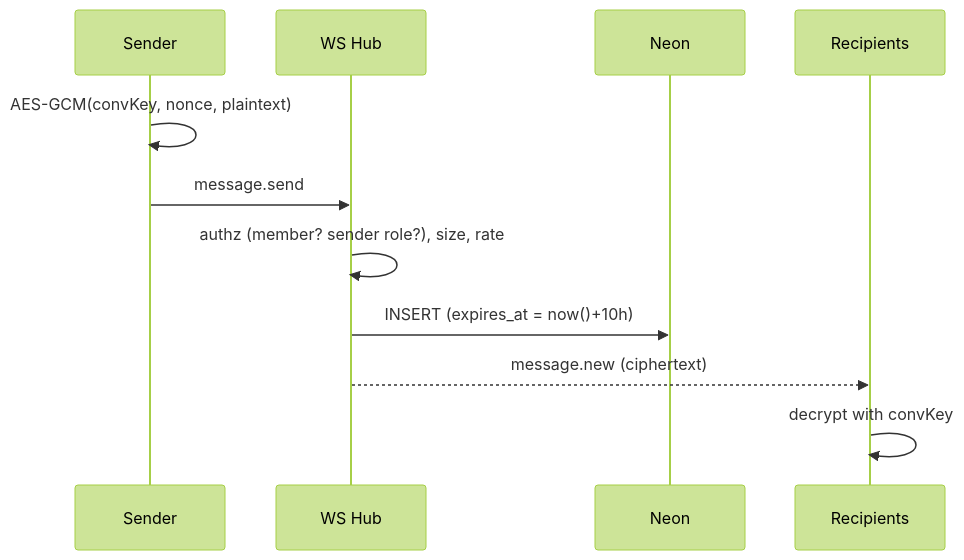
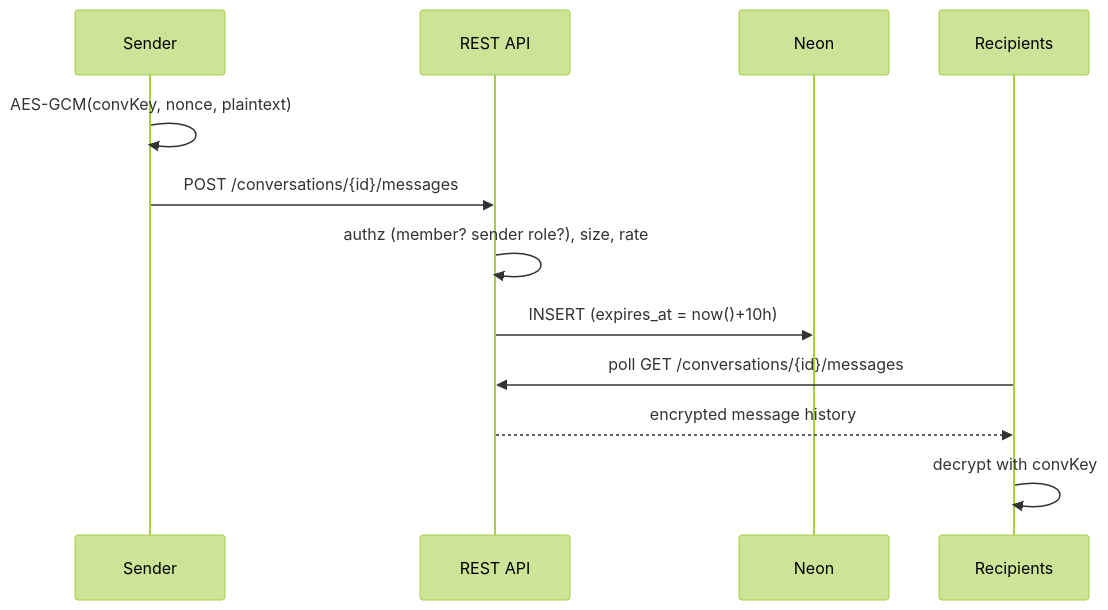
Before and after one commit to Silicon-Brains/chat-control: the fourth of 5 diagrams in docs/System_Design.md, drawn with Mermaid (forest theme). The commit also changed other lines of this file and 57 other files, not shown here.

````diff
--- a/docs/System_Design.md
+++ b/docs/System_Design.md
@@ -145,13 +139,14 @@
 ```mermaid
 sequenceDiagram
   participant S as Sender
-  participant WS as WS Hub
+  participant API as REST API
   participant DB as Neon
   participant R as Recipients
   S->>S: AES-GCM(convKey, nonce, plaintext)
-  S->>WS: message.send
-  WS->>WS: authz (member? sender role?), size, rate
-  WS->>DB: INSERT (expires_at = now()+10h)
-  WS-->>R: message.new (ciphertext)
+  S->>API: POST /conversations/{id}/messages
+  API->>API: authz (member? sender role?), size, rate
+  API->>DB: INSERT (expires_at = now()+10h)
+  R->>API: poll GET /conversations/{id}/messages
+  API-->>R: encrypted message history
   R->>R: decrypt with convKey
 ```
````
